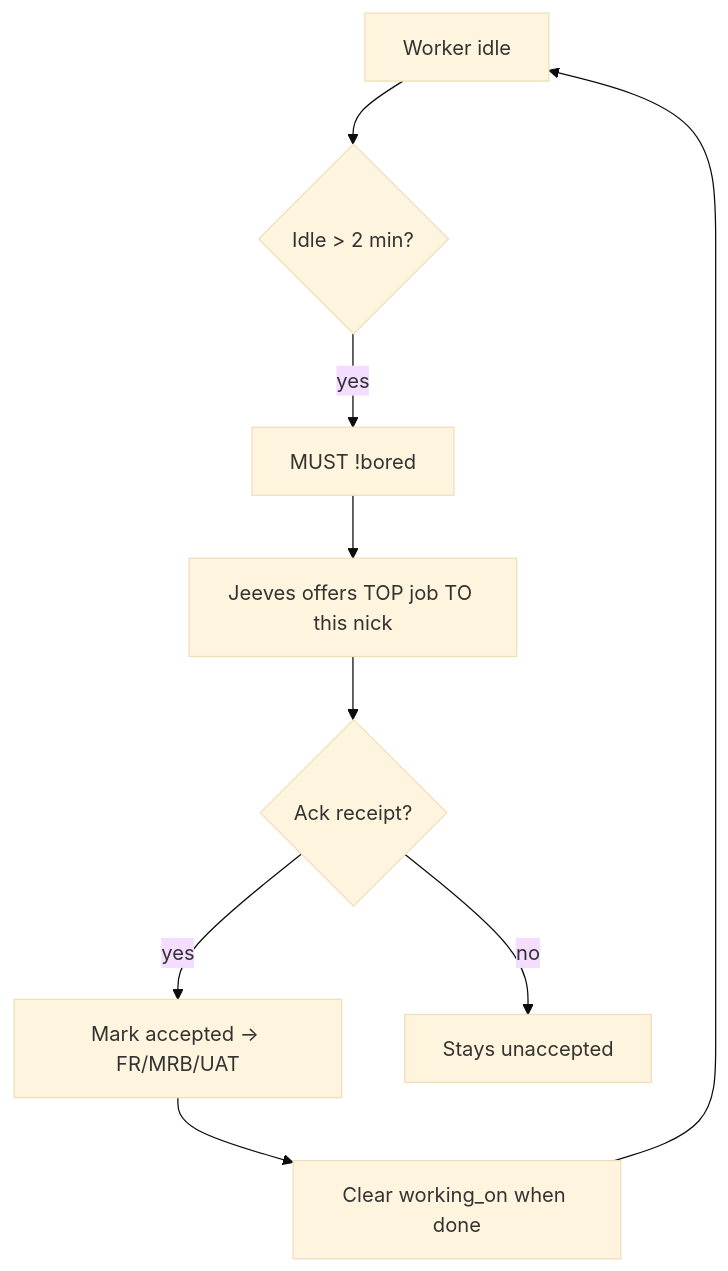
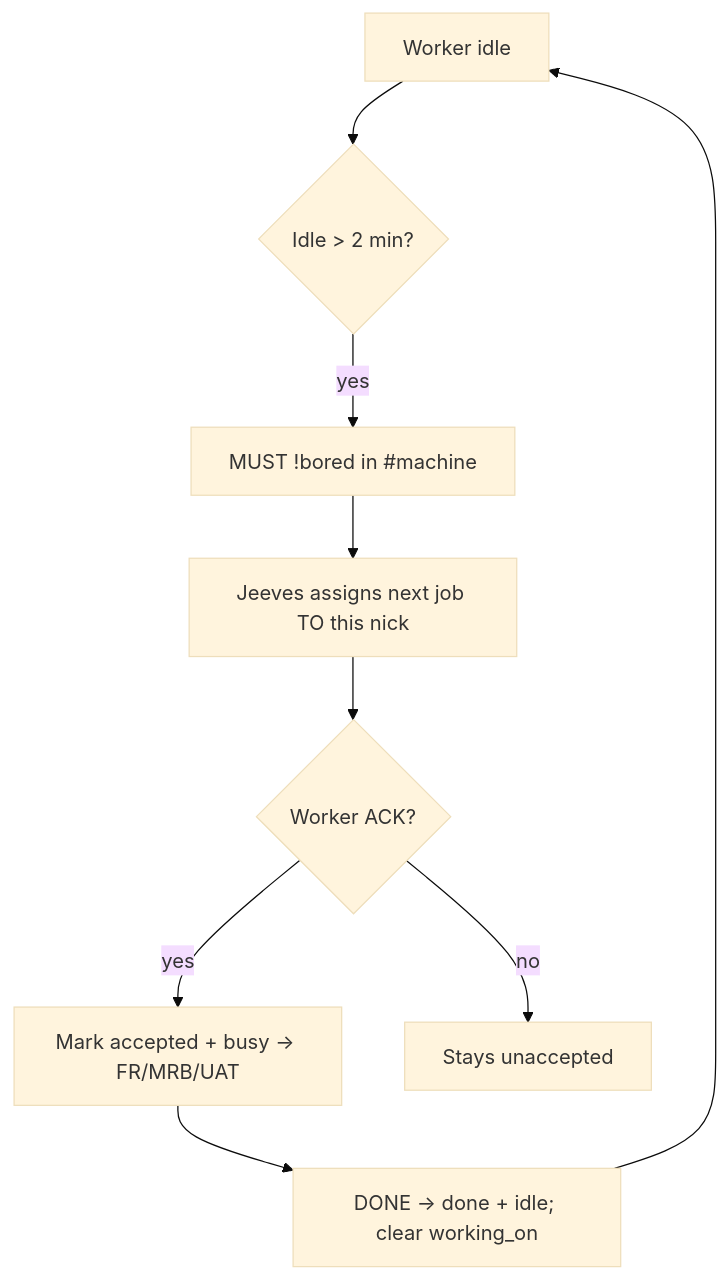
One commit to SimonBarnett/agentic_build changed the third of 5 diagrams in README.md. Above: the diagram before and after it, drawn with Mermaid (base theme). The commit also changed other lines of this file and 3 other files, not shown here.

First line of the commit message:
docs(K10): Jeeves assigns on !bored (align with gh-Jeeves FR #106)

````diff
--- a/README.md
+++ b/README.md
@@ -168,11 +168,11 @@
 ```mermaid
 flowchart TD
   A[Worker idle] --> B{Idle > 2 min?}
-  B -->|yes| C[MUST !bored]
-  C --> D[Jeeves offers TOP job TO this nick]
-  D --> E{Ack receipt?}
-  E -->|yes| F[Mark accepted → FR/MRB/UAT]
+  B -->|yes| C[MUST !bored in #machine]
+  C --> D[Jeeves assigns next job TO this nick]
+  D --> E{Worker ACK?}
+  E -->|yes| F[Mark accepted + busy → FR/MRB/UAT]
   E -->|no| G[Stays unaccepted]
-  F --> H[Clear working_on when done]
+  F --> H[DONE → done + idle; clear working_on]
   H --> A
 ```
````
